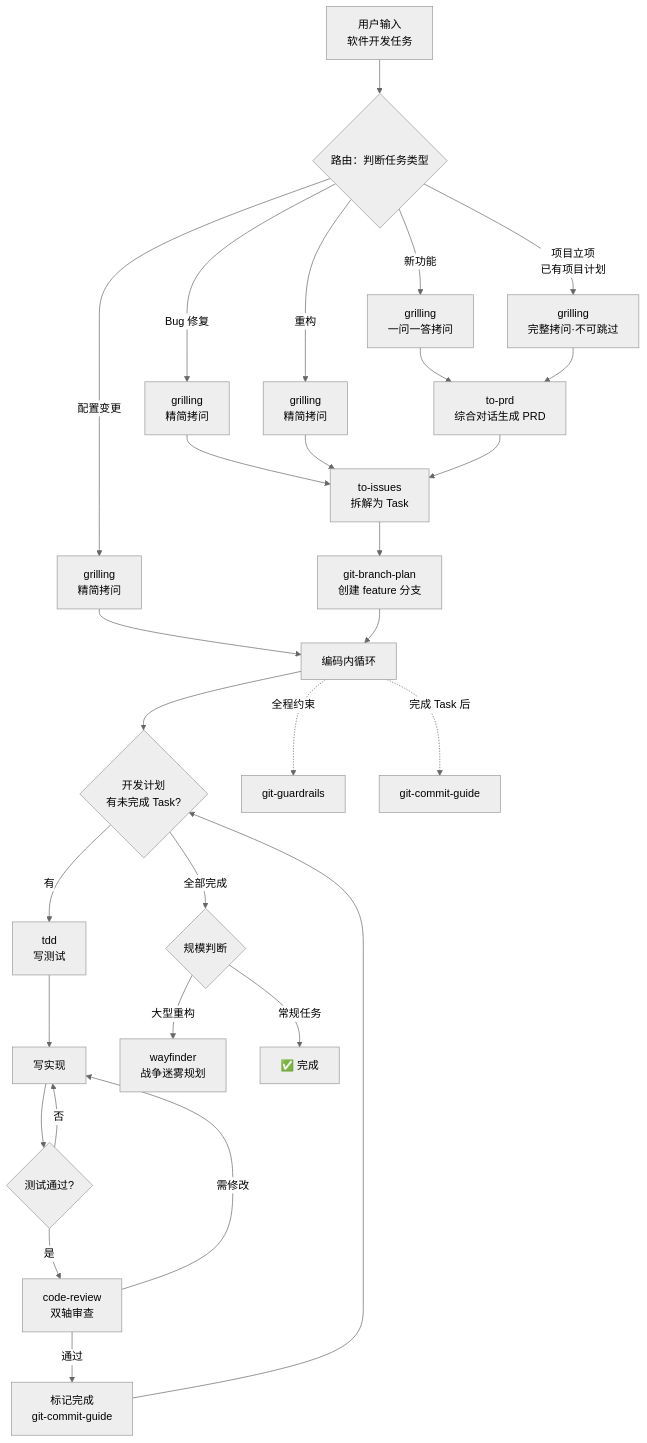
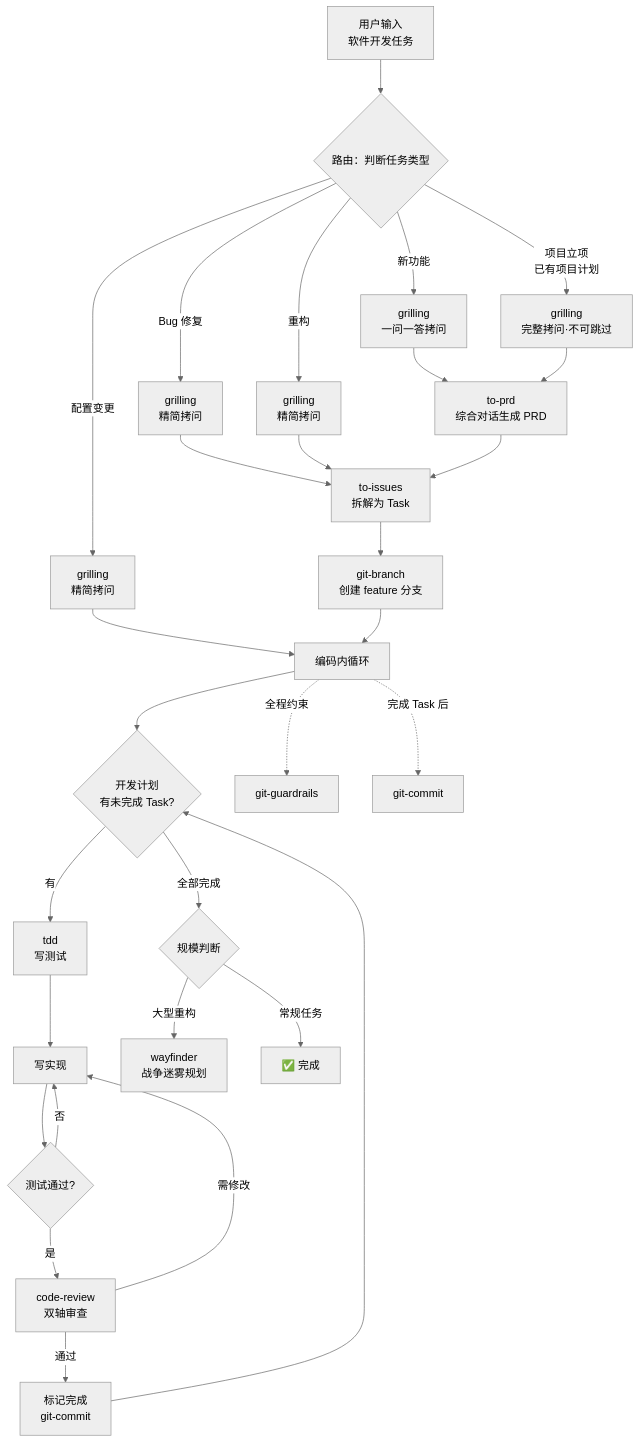
One commit to Grid0723/skills changed the first of 4 diagrams in docs/Grid Skills 使用手册.md. Above: the diagram before and after it, drawn with Mermaid (neutral theme). The commit also changed other lines of this file and 31 other files, not shown here.

````diff
--- a/docs/Grid Skills 使用手册.md
+++ b/docs/Grid Skills 使用手册.md
@@ -52,35 +52,35 @@
 ```mermaid
 graph TD
     START["用户输入<br/>软件开发任务"] --> ROUTE{路由：判断任务类型}
     ROUTE -->|新功能| GRILL[grilling<br/>一问一答拷问]
     ROUTE -->|Bug 修复| GRILL2[grilling<br/>精简拷问]
     ROUTE -->|重构| GRILL3[grilling<br/>精简拷问]
     ROUTE -->|配置变更| GRILL4[grilling<br/>精简拷问]
     ROUTE -->|项目立项<br/>已有项目计划| GRILL5[grilling<br/>完整拷问·不可跳过]
     
     GRILL --> PRD[to-prd<br/>综合对话生成 PRD]
     GRILL2 --> ISSUE[to-issues<br/>拆解为 Task]
     GRILL3 --> ISSUE
     GRILL4 --> CODE[编码内循环]
     GRILL5 --> PRD
     
     PRD --> ISSUE
-    ISSUE --> BRANCH[git-branch-plan<br/>创建 feature 分支]
+    ISSUE --> BRANCH[git-branch<br/>创建 feature 分支]
     BRANCH --> CODE
     
     CODE --> LOOP{开发计划<br/>有未完成 Task?}
     LOOP -->|有| TDD[tdd<br/>写测试]
     TDD --> IMPL[写实现]
     IMPL --> PASS{测试通过?}
     PASS -->|否| IMPL
     PASS -->|是| REVIEW[code-review<br/>双轴审查]
-    REVIEW -->|通过| DONE[标记完成<br/>git-commit-guide]
+    REVIEW -->|通过| DONE[标记完成<br/>git-commit]
     REVIEW -->|需修改| IMPL
     DONE --> LOOP
     LOOP -->|全部完成| END_ROUTE{规模判断}
     END_ROUTE -->|大型重构| WAY[wayfinder<br/>战争迷雾规划]
     END_ROUTE -->|常规任务| FINISH[✅ 完成]
     
     CODE -.->|全程约束| GGRD[git-guardrails]
-    CODE -.->|完成 Task 后| GCMT[git-commit-guide]
+    CODE -.->|完成 Task 后| GCMT[git-commit]
 ```
````
